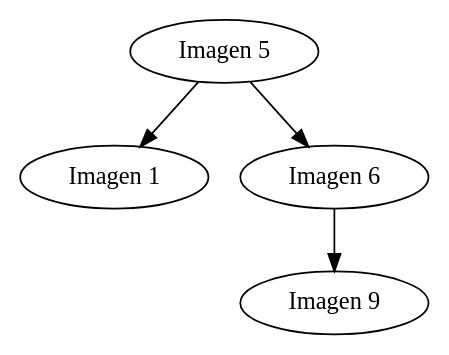
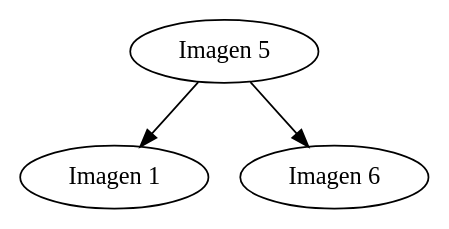
One commit to C-FernandoSazo/EDD_PROYECTOF2_202202906 changed the diagram in dot/arbolImagenes.dot. Above: the diagram before and after it, drawn with Graphviz. The commit also changed 5 other files, not shown here.

```diff
--- a/dot/arbolImagenes.dot
+++ b/dot/arbolImagenes.dot
@@ -1,9 +1,7 @@
  digraph imagenes {
 5[label="Imagen 5"]
            5  ->            1
 1[label="Imagen 1"]
            5  ->            6
 6[label="Imagen 6"]
-           6  ->            9
-9[label="Imagen 9"]
  }
```
